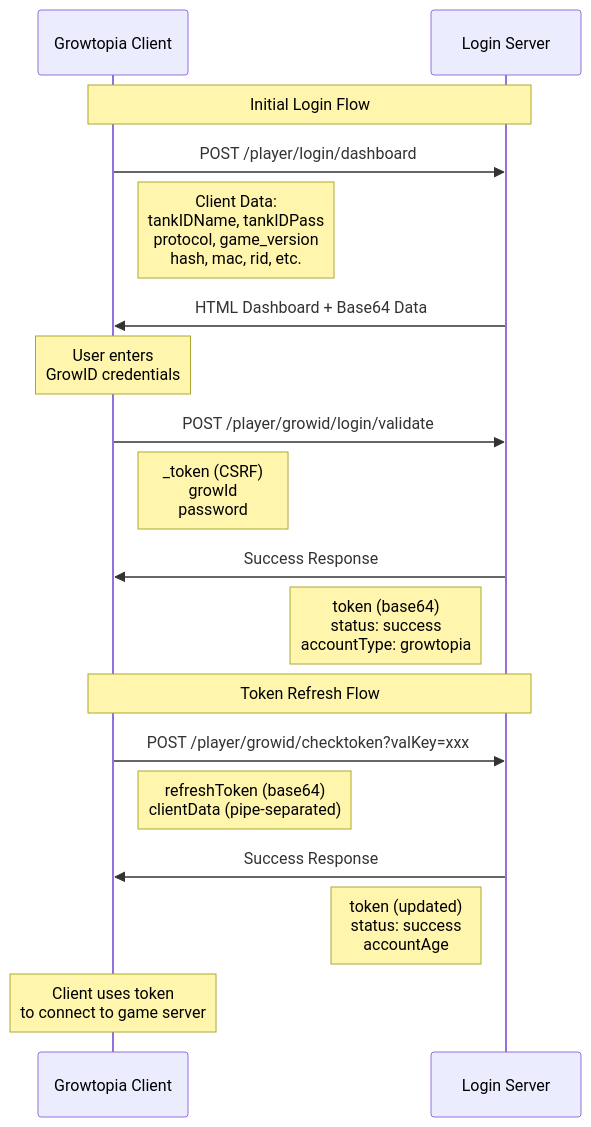
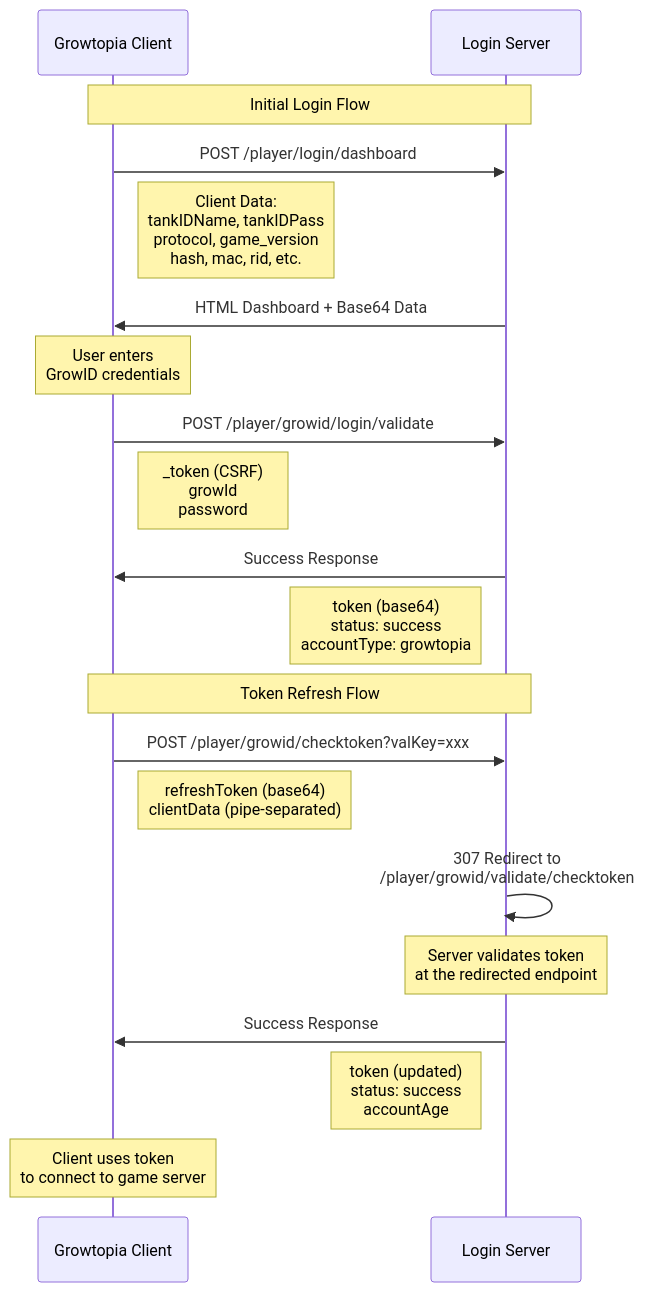
Before and after one commit to StileDevs/grow-docs: the diagram in docs/protocol/login-server.md, drawn with Mermaid. The commit also changed other lines of this file, not shown here.

Commit message:
fix: incorrect redirect checktoken

````diff
--- a/docs/protocol/login-server.md
+++ b/docs/protocol/login-server.md
@@ -6,27 +6,29 @@
 ```mermaid
 sequenceDiagram
     participant Client as Growtopia Client
     participant Login as Login Server
     
     Note over Client,Login: Initial Login Flow
     
     Client->>Login: POST /player/login/dashboard
     Note right of Client: Client Data:<br/>tankIDName, tankIDPass<br/>protocol, game_version<br/>hash, mac, rid, etc.
     Login->>Client: HTML Dashboard + Base64 Data
     
     Note over Client: User enters<br/>GrowID credentials
     
     Client->>Login: POST /player/growid/login/validate
     Note right of Client: _token (CSRF)<br/>growId<br/>password
     Login->>Client: Success Response
     Note left of Login: token (base64)<br/>status: success<br/>accountType: growtopia
     
     Note over Client,Login: Token Refresh Flow
     
     Client->>Login: POST /player/growid/checktoken?valKey=xxx
     Note right of Client: refreshToken (base64)<br/>clientData (pipe-separated)
+    Login->>Login: 307 Redirect to<br/>/player/growid/validate/checktoken
+    Note over Login: Server validates token<br/>at the redirected endpoint
     Login->>Client: Success Response
     Note left of Login: token (updated)<br/>status: success<br/>accountAge
     
     Note over Client: Client uses token<br/>to connect to game server
 ```
````
